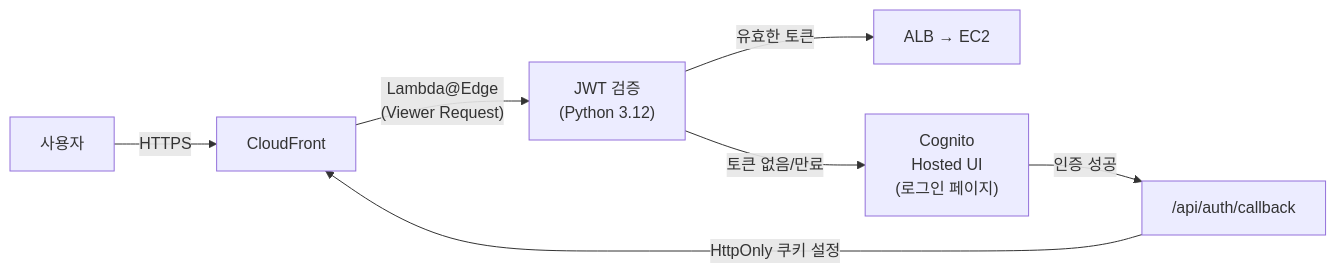
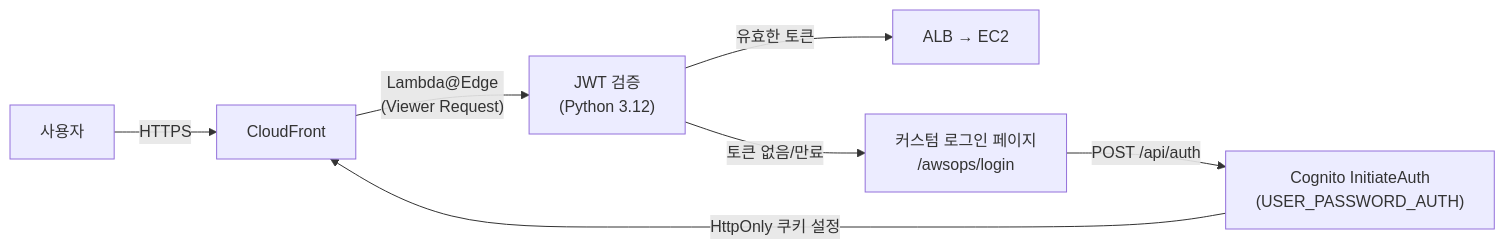
One commit to Atom-oh/awsops changed the tenth of 12 diagrams in docs-site/docs/faq/architecture.md. Above: the diagram before and after it, drawn with Mermaid. The commit also changed other lines of this file and 96 other files, not shown here.

````diff
--- a/docs-site/docs/faq/architecture.md
+++ b/docs-site/docs/faq/architecture.md
@@ -874,10 +874,10 @@
 ```mermaid
 flowchart LR
   USER["사용자"] -->|"HTTPS"| CF["CloudFront"]
   CF -->|"Lambda@Edge<br/>(Viewer Request)"| EDGE["JWT 검증<br/>(Python 3.12)"]
 
   EDGE -->|"유효한 토큰"| ALB["ALB → EC2"]
-  EDGE -->|"토큰 없음/만료"| COGNITO["Cognito<br/>Hosted UI<br/>(로그인 페이지)"]
-  COGNITO -->|"인증 성공"| CALLBACK["/api/auth/callback"]
-  CALLBACK -->|"HttpOnly 쿠키 설정"| CF
+  EDGE -->|"토큰 없음/만료"| LOGIN["커스텀 로그인 페이지<br/>/awsops/login"]
+  LOGIN -->|"POST /api/auth"| AUTH["Cognito InitiateAuth<br/>(USER_PASSWORD_AUTH)"]
+  AUTH -->|"HttpOnly 쿠키 설정"| CF
 ```
````
